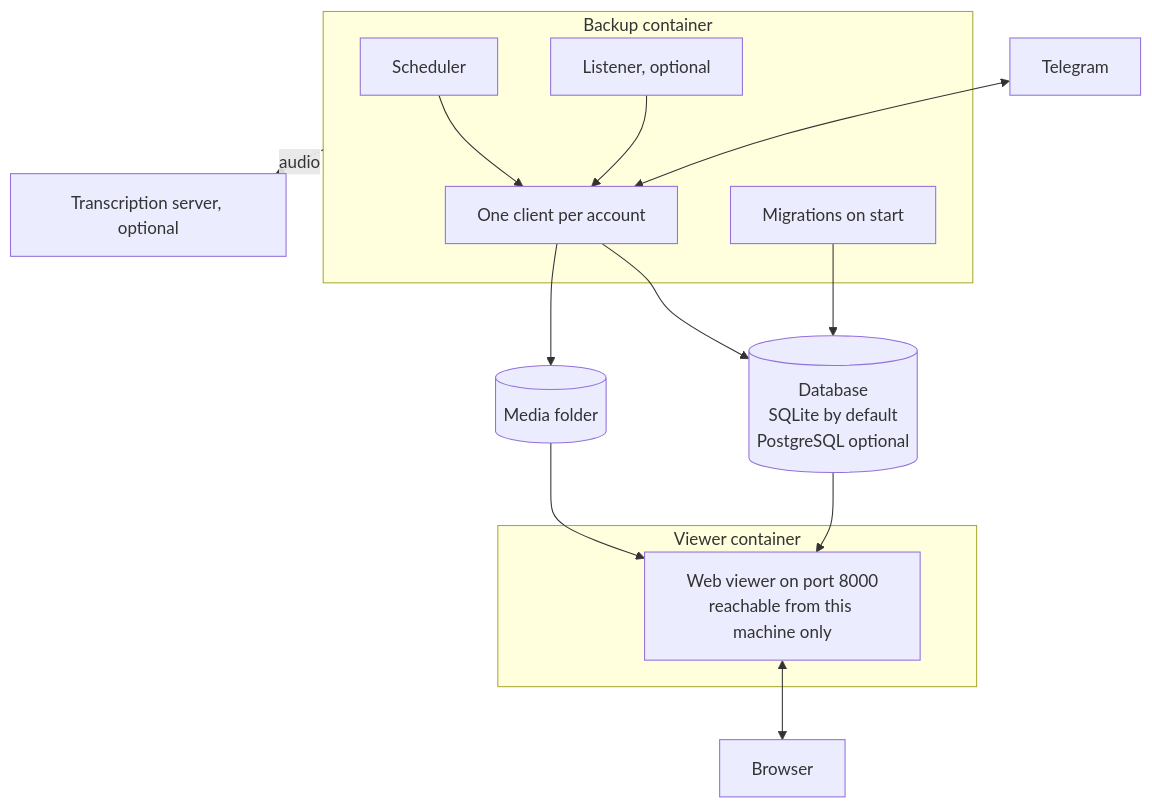
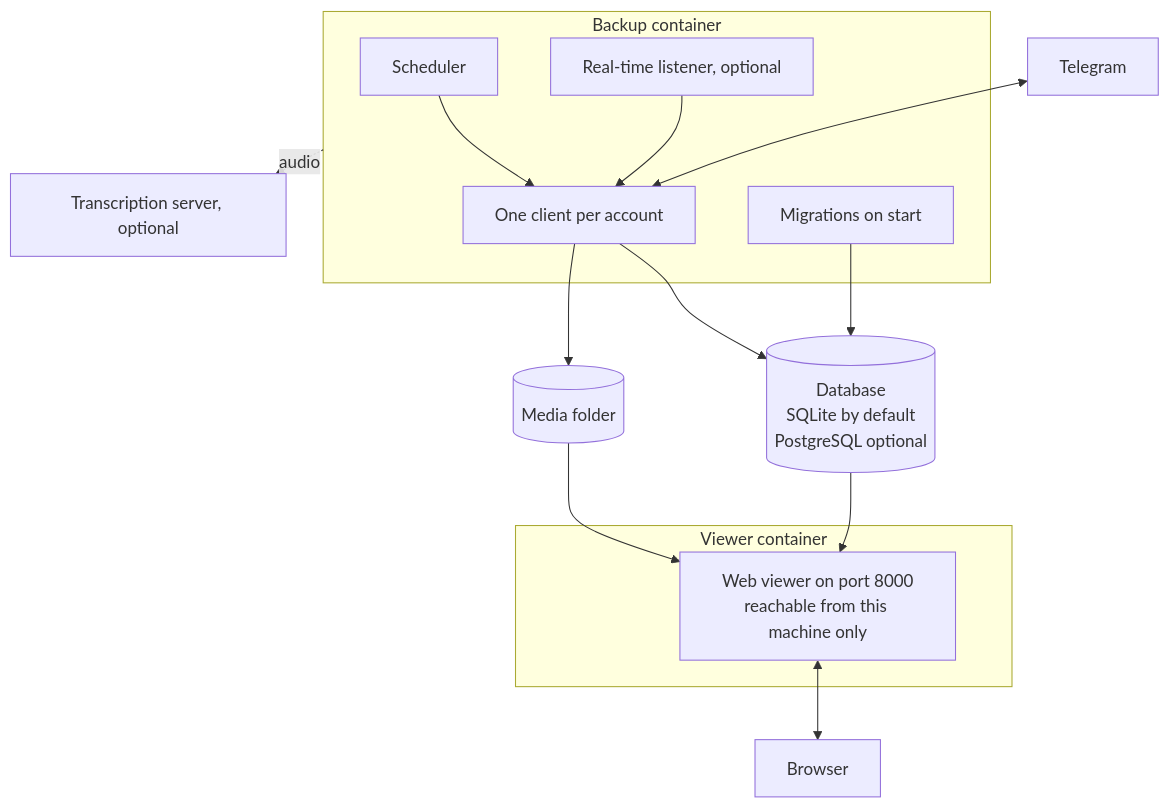
Before and after one commit to GeiserX/Telegram-Archive: the diagram in docs/index.md, drawn with Mermaid. The commit also changed other lines of this file and 32 other files, not shown here.

First line of the commit message:
docs: roadmap, HTTP API, glossary and contributing pages, one term for each thing (#497)

````diff
--- a/docs/index.md
+++ b/docs/index.md
@@ -72,28 +72,28 @@
 ```mermaid
 flowchart TB
     TG[Telegram]
     subgraph backup [Backup container]
         SCH[Scheduler]
         CL[One client per account]
-        LI[Listener, optional]
+        LI[Real-time listener, optional]
         MIG[Migrations on start]
     end
     DB[(Database<br/>SQLite by default<br/>PostgreSQL optional)]
     MEDIA[(Media folder)]
     TR[Transcription server, optional]
     subgraph viewer [Viewer container]
         WEB[Web viewer on port 8000<br/>reachable from this machine only]
     end
     BR[Browser]
 
     TG <--> CL
     SCH --> CL
     LI --> CL
     CL --> DB
     CL --> MEDIA
     MIG --> DB
     backup -.->|audio| TR
     DB --> WEB
     MEDIA --> WEB
     WEB <--> BR
 ```
````
